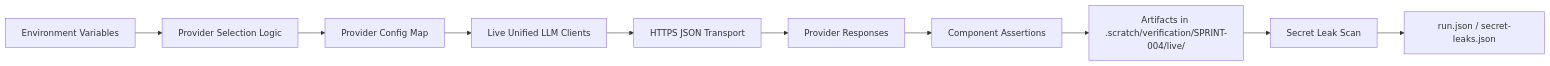
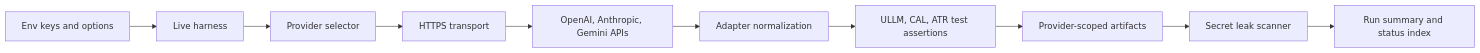
One commit to jaytaylor/attractor-tcl changed the fourth of 5 diagrams in docs/sprints/SPRINT-004-comprehensive-implementation-plan.md. Above: the diagram before and after it, drawn with Mermaid. The commit also changed other lines of this file, not shown here.

Commit message:
docs: sync sprint 004 comprehensive plan with verified completion

````diff
--- a/docs/sprints/SPRINT-004-comprehensive-implementation-plan.md
+++ b/docs/sprints/SPRINT-004-comprehensive-implementation-plan.md
@@ -1837,12 +2011,12 @@
 ```mermaid
 flowchart LR
-  ENV[Environment Variables] --> SELECTOR[Provider Selection Logic]
-  SELECTOR --> CFG[Provider Config Map]
-  CFG --> CLIENTS[Live Unified LLM Clients]
-  CLIENTS --> HTTPS[HTTPS JSON Transport]
-  HTTPS --> RESP[Provider Responses]
-  RESP --> ASSERT[Component Assertions]
-  ASSERT --> ART[Artifacts in .scratch/verification/SPRINT-004/live/<run_id>]
-  ART --> SCAN[Secret Leak Scan]
-  SCAN --> RUNJSON[run.json / secret-leaks.json]
+  ENV[Env keys and options] --> HARNESS[Live harness]
+  HARNESS --> SELECTOR[Provider selector]
+  SELECTOR --> TRANSPORT[HTTPS transport]
+  TRANSPORT --> PROVIDERS[OpenAI, Anthropic, Gemini APIs]
+  PROVIDERS --> NORMALIZER[Adapter normalization]
+  NORMALIZER --> COMPONENTS[ULLM, CAL, ATR test assertions]
+  COMPONENTS --> ARTIFACTS[Provider-scoped artifacts]
+  ARTIFACTS --> SCAN[Secret leak scanner]
+  SCAN --> SUMMARY[Run summary and status index]
 ```
````
